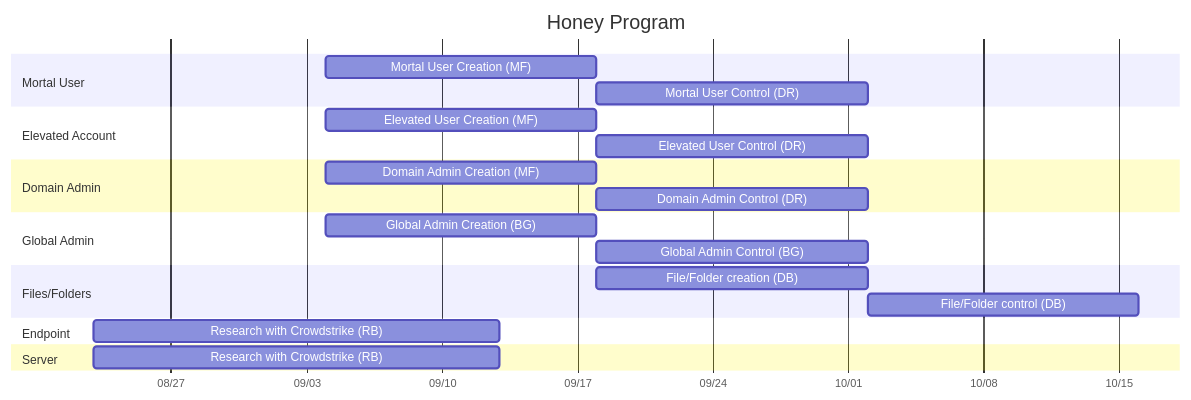
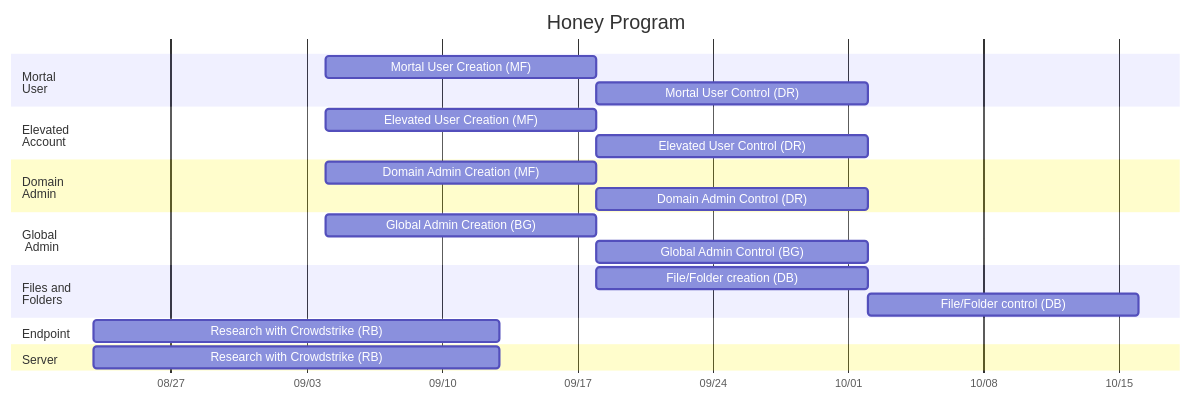
Before and after one commit to stahler/MermaidDiagrams: the diagram in Honey.md, drawn with Mermaid.

Commit message:
Change axis format

````diff
--- a/Honey.md
+++ b/Honey.md
@@ -1,37 +1,37 @@
 ```mermaid
 
 gantt
     title Honey Program
     dateFormat  YYYY-MM-DD
     todayMarker on
     tickInterval 1week
     axisFormat %m/%d
     %% excludes    Weekends
     
-section Mortal User
+section Mortal<br>User
 Mortal User Creation (MF)       :m1,2023-09-04,2w
 Mortal User Control (DR)        :after m1,2w
 
-section Elevated Account
+section Elevated<br>Account
 Elevated User Creation (MF)     :e1,2023-09-04,2w
 Elevated User Control (DR)      :after e1,2w
 
-section Domain Admin
+section Domain<br>Admin
 Domain Admin Creation (MF)      :d1,2023-09-04,2w
 Domain Admin Control (DR)       :after d1,2w
 
-section Global Admin
+section Global<br> Admin
 Global Admin Creation (BG)      :g1,2023-09-04,2w
 Global Admin Control (BG)       :after g1,2w
 
-section Files/Folders
+section Files and<br>Folders
 File/Folder creation (DB)       :f1,2023-09-18,2w
 File/Folder control (DB)        :after f1,2w
 
 section Endpoint
 Research with Crowdstrike (RB)  :2023-08-23, 3w
 
 section Server
 Research with Crowdstrike (RB)  :2023-08-23, 3w
 
 ```
````
